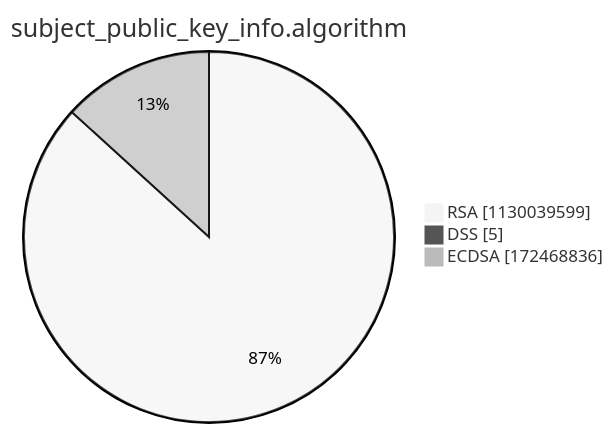
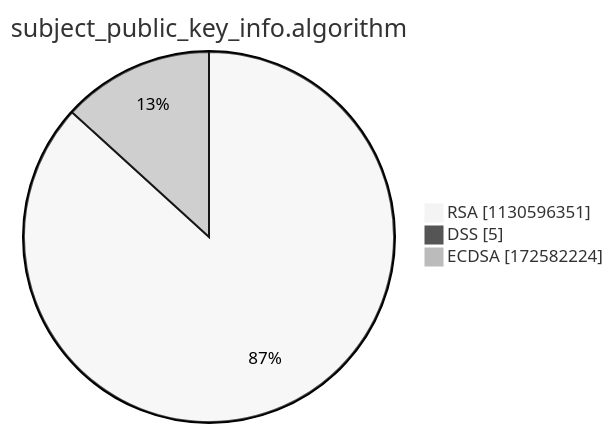
One commit to christiankrug/ctmonitor_visualization changed the third of 15 diagrams in argon2022/README.md. Above: the diagram before and after it, drawn with Mermaid (neutral theme). The commit also changed other lines of this file, not shown here.

````diff
--- a/argon2022/README.md
+++ b/argon2022/README.md
@@ -14,7 +14,7 @@
 ```mermaid
 pie showData
 title subject_public_key_info.algorithm
-"RSA" :1130039599
+"RSA" :1130596351
 "DSS" :5
-"ECDSA" :172468836
+"ECDSA" :172582224
 ```
````
